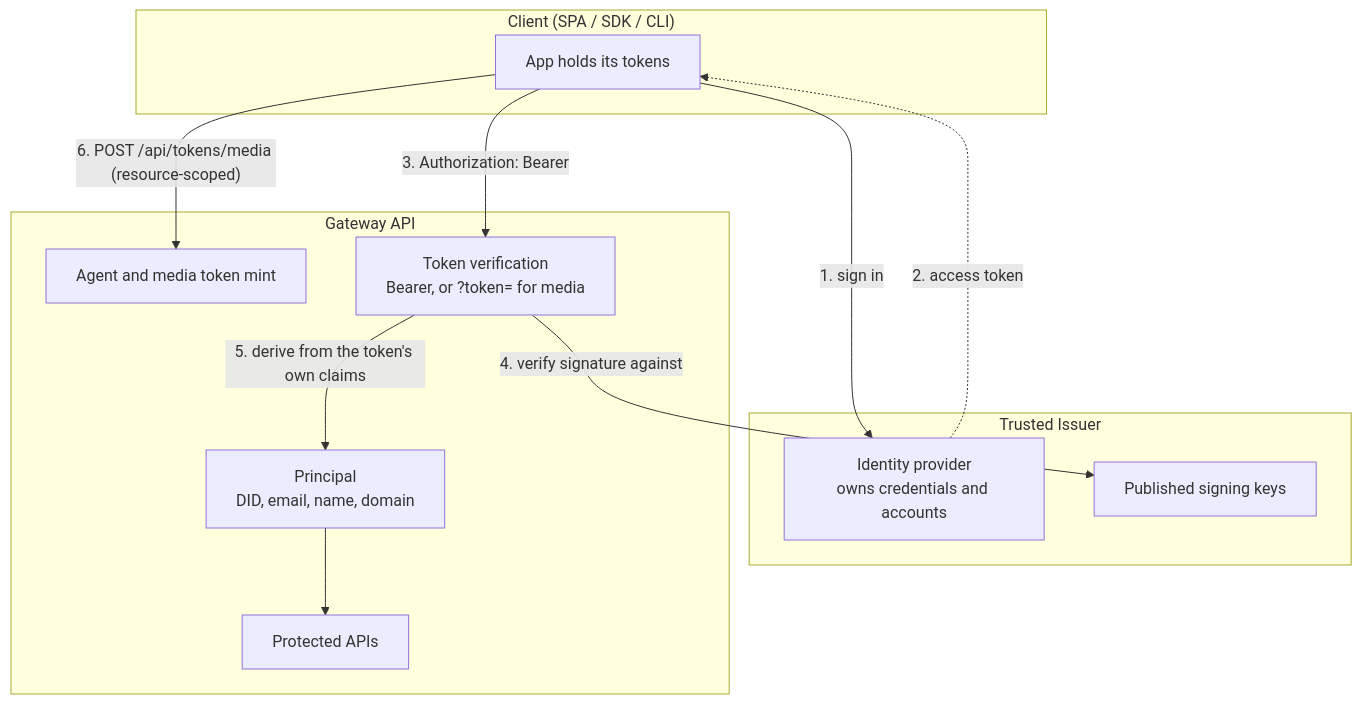
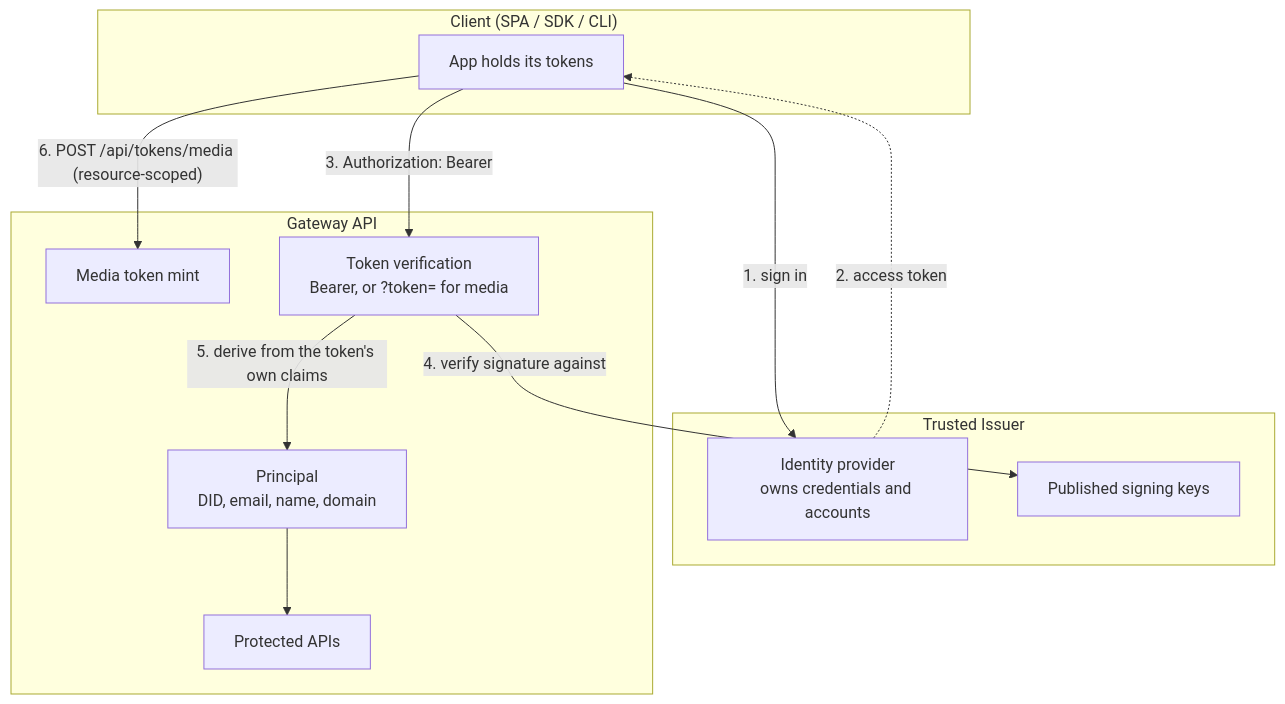
The diagram in docs/operator/administration/AUTHENTICATION.md (The-AI-Alliance/semiont), drawn with Mermaid before and after one commit. The commit also changed other lines of this file and 8 other files, not shown here.

````diff
--- a/docs/operator/administration/AUTHENTICATION.md
+++ b/docs/operator/administration/AUTHENTICATION.md
@@ -17,27 +17,27 @@
 ```mermaid
 graph TB
     subgraph "Client (SPA / SDK / CLI)"
         App[App holds its tokens]
     end
 
     subgraph "Trusted Issuer"
         IdP[Identity provider<br/>owns credentials and accounts]
         JWKS[Published signing keys]
     end
 
     subgraph "Gateway API"
-        TokenGen[Agent and media token mint]
+        TokenGen[Media token mint]
         MW[Token verification<br/>Bearer, or ?token= for media]
         Principal[Principal<br/>DID, email, name, domain]
         API[Protected APIs]
     end
 
     App -->|"1. sign in"| IdP
     IdP -.->|"2. access token"| App
 
     App -->|"3. Authorization: Bearer <token>"| MW
     MW -->|"4. verify signature against"| JWKS
     MW -->|"5. derive from the token's own claims"| Principal
     Principal --> API
     App -->|"6. POST /api/tokens/media (resource-scoped)"| TokenGen
 ```
````
